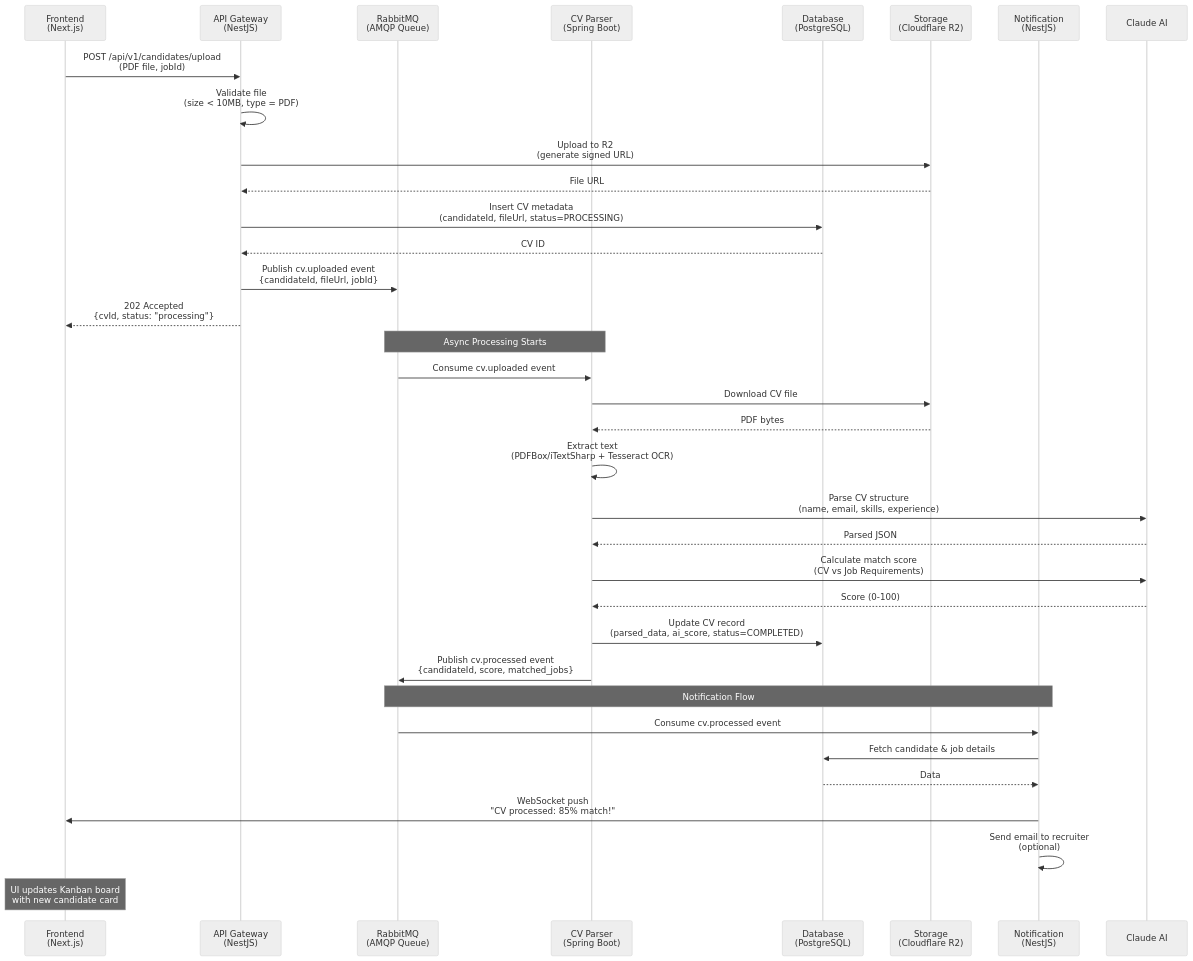
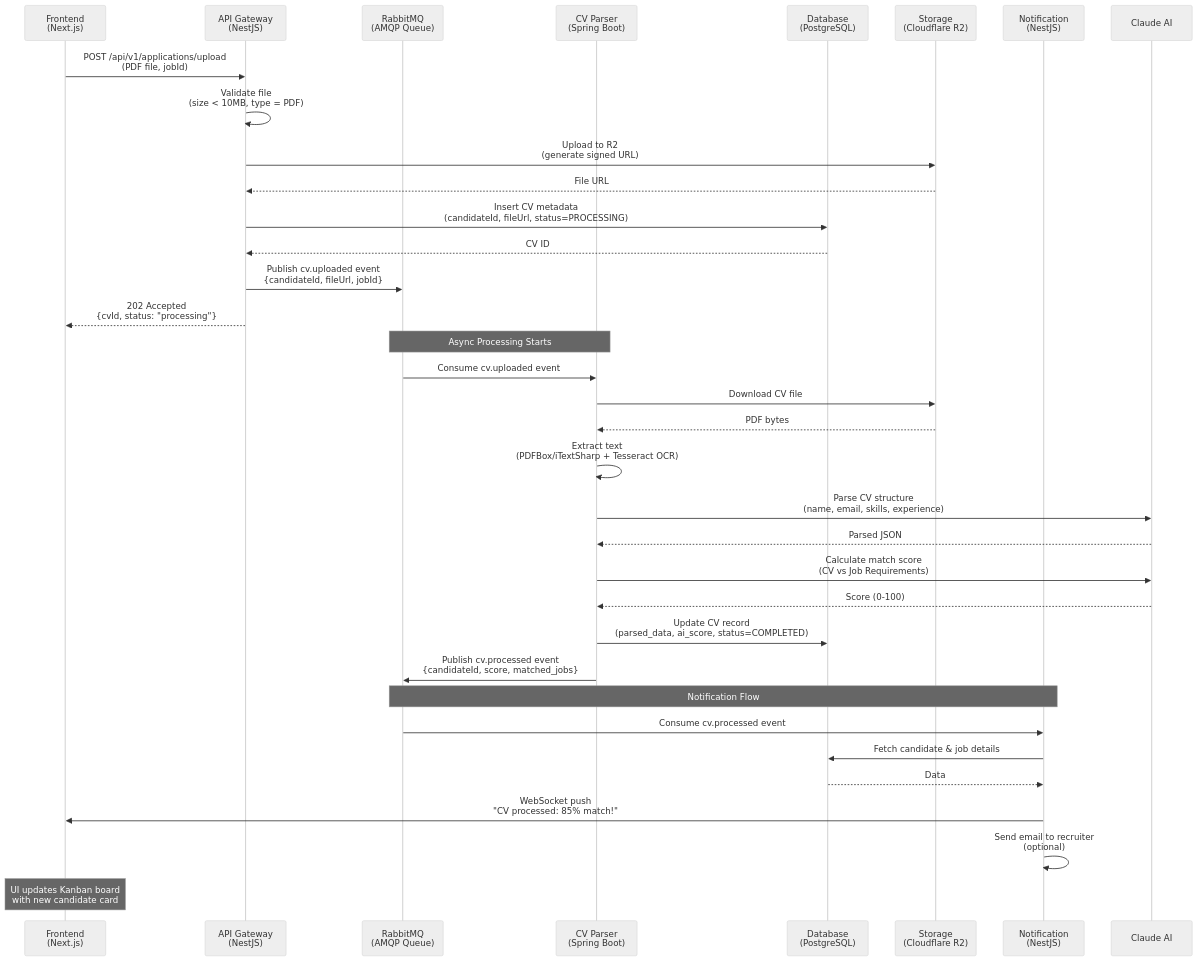
The diagram in docs/API_REFERENCE.md (vuongng2212/TalentFlow-AI-Backend), drawn with Mermaid (neutral theme) before and after one commit. The commit also changed other lines of this file and 3 other files, not shown here.

````diff
--- a/docs/API_REFERENCE.md
+++ b/docs/API_REFERENCE.md
@@ -31,44 +33,44 @@
 ```mermaid
 sequenceDiagram
     participant F as Frontend<br/>(Next.js)
     participant A as API Gateway<br/>(NestJS)
     participant Q as RabbitMQ<br/>(AMQP Queue)
     participant P as CV Parser<br/>(Spring Boot)
     participant D as Database<br/>(PostgreSQL)
     participant R as Storage<br/>(Cloudflare R2)
     participant N as Notification<br/>(NestJS)
     participant AI as Claude AI
 
     %% Upload Phase
-    F->>A: POST /api/v1/candidates/upload<br/>(PDF file, jobId)
+    F->>A: POST /api/v1/applications/upload<br/>(PDF file, jobId)
     A->>A: Validate file<br/>(size < 10MB, type = PDF)
     A->>R: Upload to R2<br/>(generate signed URL)
     R-->>A: File URL
     A->>D: Insert CV metadata<br/>(candidateId, fileUrl, status=PROCESSING)
     D-->>A: CV ID
     A->>Q: Publish cv.uploaded event<br/>{candidateId, fileUrl, jobId}
     A-->>F: 202 Accepted<br/>{cvId, status: "processing"}
 
     %% Processing Phase
     Note over Q,P: Async Processing Starts
     Q->>P: Consume cv.uploaded event
     P->>R: Download CV file
     R-->>P: PDF bytes
     P->>P: Extract text<br/>(PDFBox/iTextSharp + Tesseract OCR)
     P->>AI: Parse CV structure<br/>(name, email, skills, experience)
     AI-->>P: Parsed JSON
     P->>AI: Calculate match score<br/>(CV vs Job Requirements)
     AI-->>P: Score (0-100)
     P->>D: Update CV record<br/>(parsed_data, ai_score, status=COMPLETED)
     P->>Q: Publish cv.processed event<br/>{candidateId, score, matched_jobs}
 
     %% Notification Phase
     Note over Q,N: Notification Flow
     Q->>N: Consume cv.processed event
     N->>D: Fetch candidate & job details
     D-->>N: Data
     N->>F: WebSocket push<br/>"CV processed: 85% match!"
     N->>N: Send email to recruiter<br/>(optional)
 
     Note over F: UI updates Kanban board<br/>with new candidate card
 ```
````
